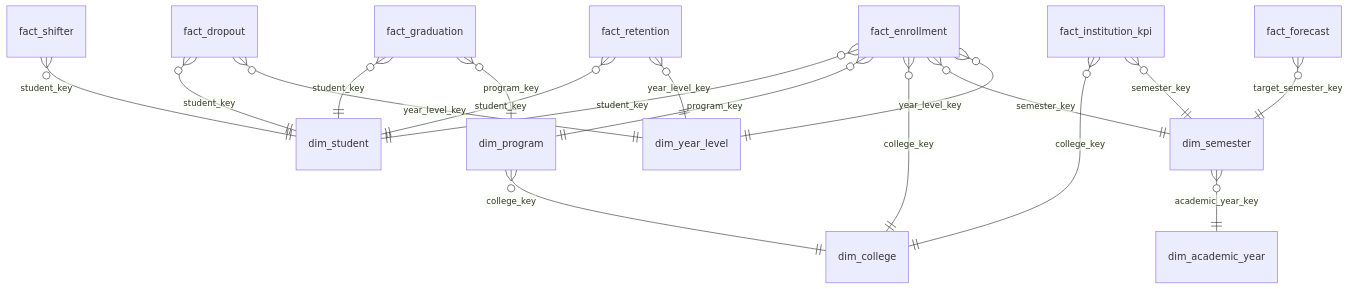
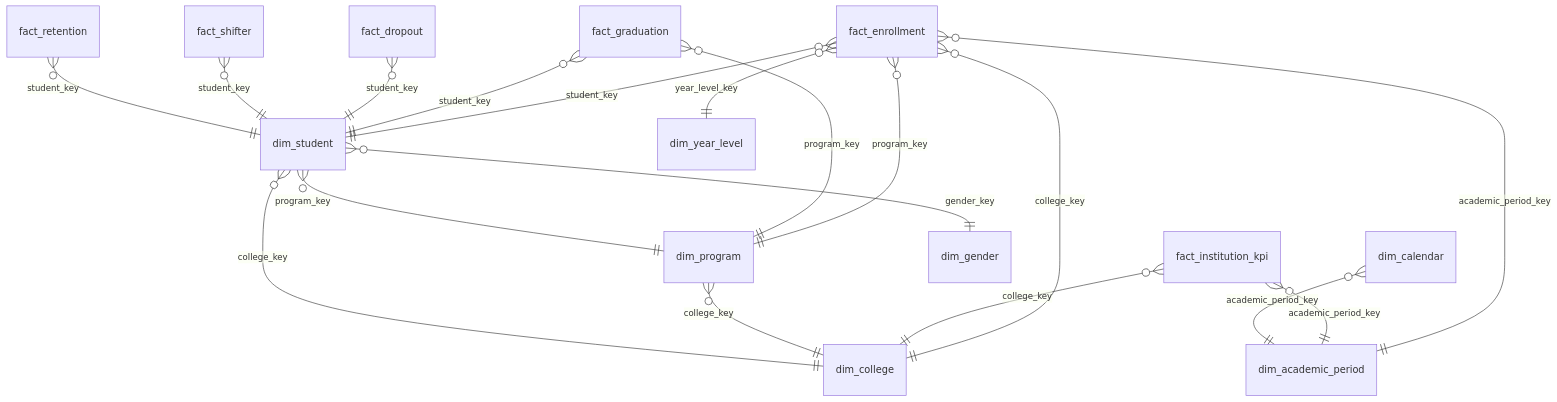
One commit to DatAisen1/university-analytics-platform-capstone changed the second of 2 diagrams in docs/04_Data_Modeling.md. Above: the diagram before and after it, drawn with Mermaid. The commit also changed other lines of this file and 13 other files, not shown here.

````diff
--- a/docs/04_Data_Modeling.md
+++ b/docs/04_Data_Modeling.md
@@ -116,20 +124,20 @@
 ```mermaid
 erDiagram
     fact_enrollment }o--|| dim_student : student_key
     fact_enrollment }o--|| dim_program : program_key
     fact_enrollment }o--|| dim_college : college_key
-    fact_enrollment }o--|| dim_semester : semester_key
+    fact_enrollment }o--|| dim_academic_period : academic_period_key
     fact_enrollment }o--|| dim_year_level : year_level_key
     fact_graduation }o--|| dim_student : student_key
     fact_graduation }o--|| dim_program : program_key
     fact_dropout }o--|| dim_student : student_key
-    fact_dropout }o--|| dim_year_level : year_level_key
     fact_shifter }o--|| dim_student : student_key
     fact_retention }o--|| dim_student : student_key
-    fact_retention }o--|| dim_year_level : year_level_key
     fact_institution_kpi }o--|| dim_college : college_key
-    fact_institution_kpi }o--|| dim_semester : semester_key
-    fact_forecast }o--|| dim_semester : target_semester_key
+    fact_institution_kpi }o--|| dim_academic_period : academic_period_key
     dim_program }o--|| dim_college : college_key
-    dim_semester }o--|| dim_academic_year : academic_year_key
+    dim_student }o--|| dim_gender : gender_key
+    dim_student }o--|| dim_college : college_key
+    dim_student }o--|| dim_program : program_key
+    dim_calendar }o--|| dim_academic_period : academic_period_key
 ```
````
